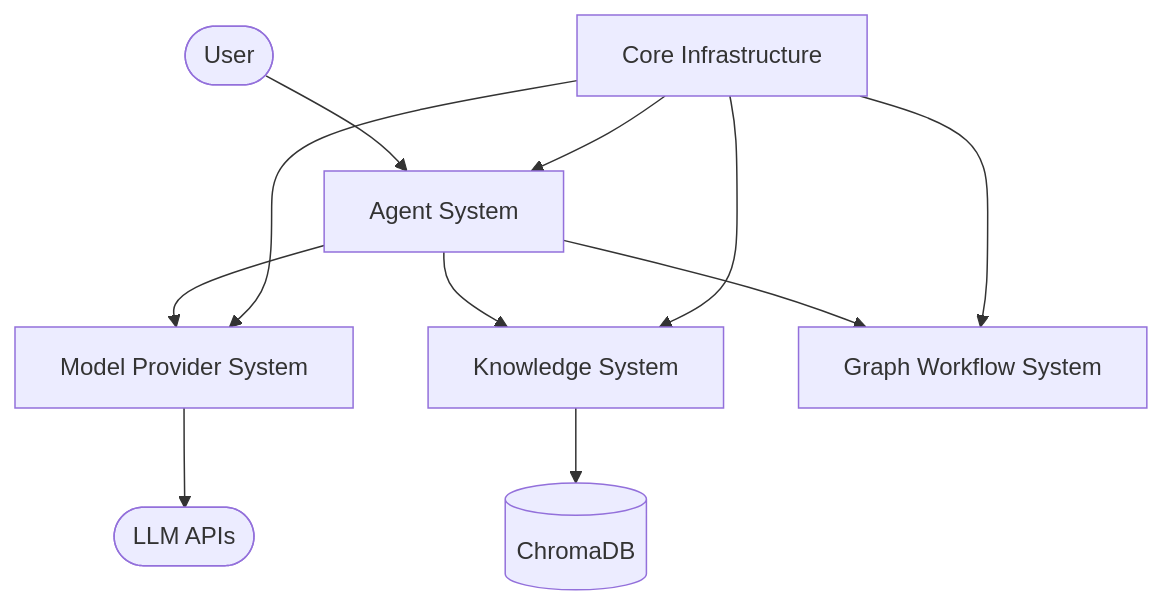
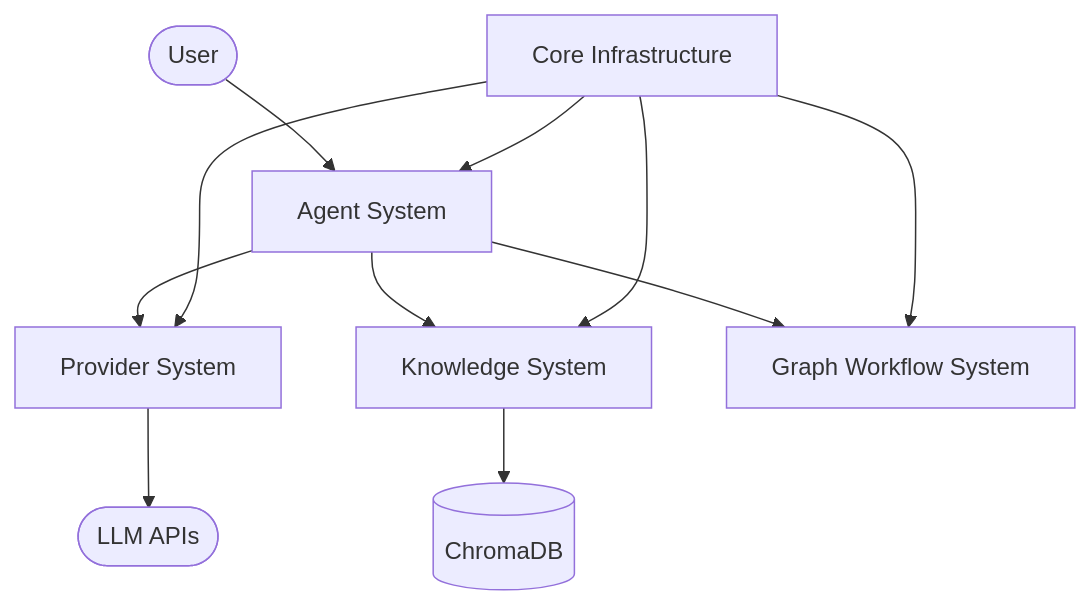
The first of 2 diagrams in docs/architecture/index.md (inherent-design/atlas), drawn with Mermaid before and after one commit. The commit also changed other lines of this file and 76 other files, not shown here.

````diff
--- a/docs/architecture/index.md
+++ b/docs/architecture/index.md
@@ -13,13 +13,13 @@
 ```mermaid
 graph TD
     User([User]) --> Agent[Agent System]
-    Agent --> Models[Model Provider System]
+    Agent --> Providers[Provider System]
     Agent --> Knowledge[Knowledge System]
     Agent --> Graph[Graph Workflow System]
     Knowledge --> DB[(ChromaDB)]
-    Models --> APIs([LLM APIs])
+    Providers --> APIs([LLM APIs])
     Core[Core Infrastructure] --> Agent
-    Core --> Models
+    Core --> Providers
     Core --> Knowledge
     Core --> Graph
 ```
````
